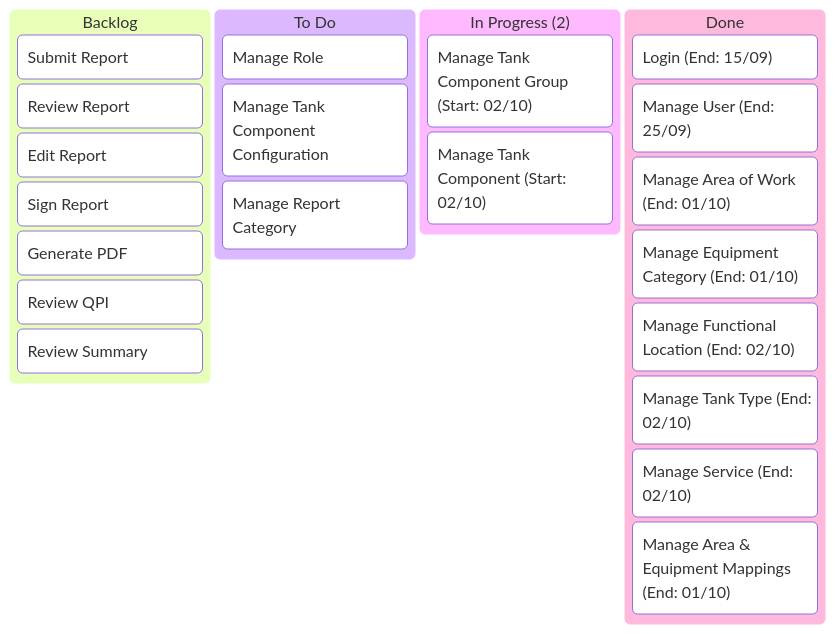
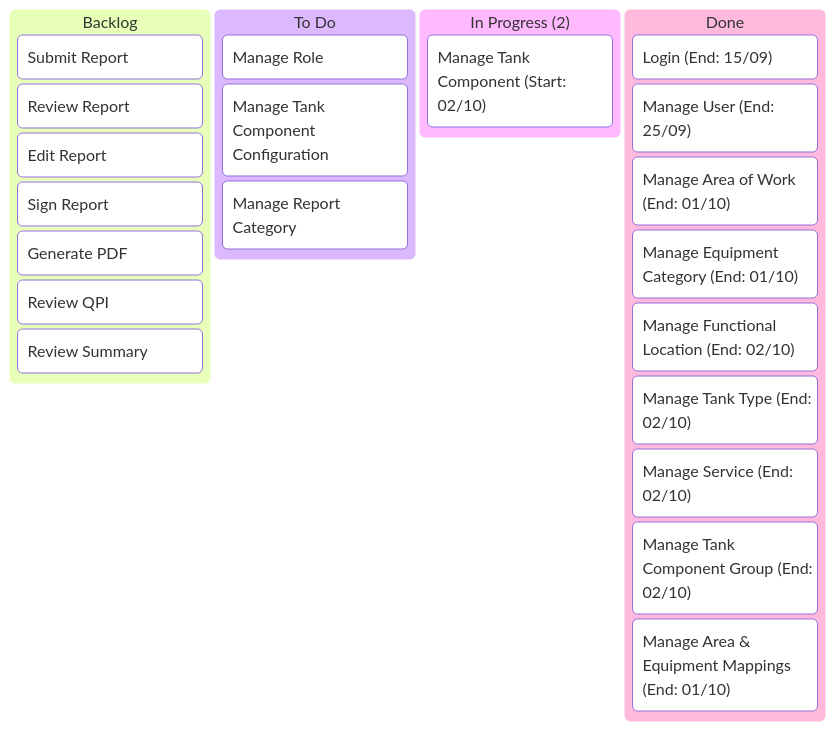
Before and after one commit to billdansr/kanban-boc-om: the diagram in Kanban/02-Kanban.md, drawn with Mermaid.

Commit message:
vault backup: 2025-10-02 10:06:21
Manage Tank Component Group: End in 02/10

````diff
--- a/Kanban/02-Kanban.md
+++ b/Kanban/02-Kanban.md
@@ -3,31 +3,31 @@
 ```mermaid
 kanban
   backlog[Backlog]
 	  b2[Submit Report]
 	  b3[Review Report]
 	  b4[Edit Report]
 	  b5[Sign Report]
 	  b6[Generate PDF]
 	  b7[Review QPI]
 	  b8[Review Summary]
 
   todo[To Do]
 	  t10[Manage Role]
 	  
 	  t18[Manage Tank Component Configuration]
 	  t19[Manage Report Category]
 
   inprogress["In Progress (2)"]
-	  i16["Manage Tank Component Group (Start: 02/10)"]
 	  i17["Manage Tank Component (Start: 02/10)"]
 
   done[Done]
 	  d1["Login (End: 15/09)"]
 	  d9["Manage User (End: 25/09)"]
 	  d11["Manage Area of Work (End: 01/10)"]
 	  d12["Manage Equipment Category (End: 01/10)"]
 	  d13["Manage Functional Location (End: 02/10)"]
 	  d14["Manage Tank Type (End: 02/10)"]
 	  d15["Manage Service (End: 02/10)"]
+	  d16["Manage Tank Component Group (End: 02/10)"]
 	  d20["Manage Area & Equipment Mappings (End: 01/10)"]
 ```
````
